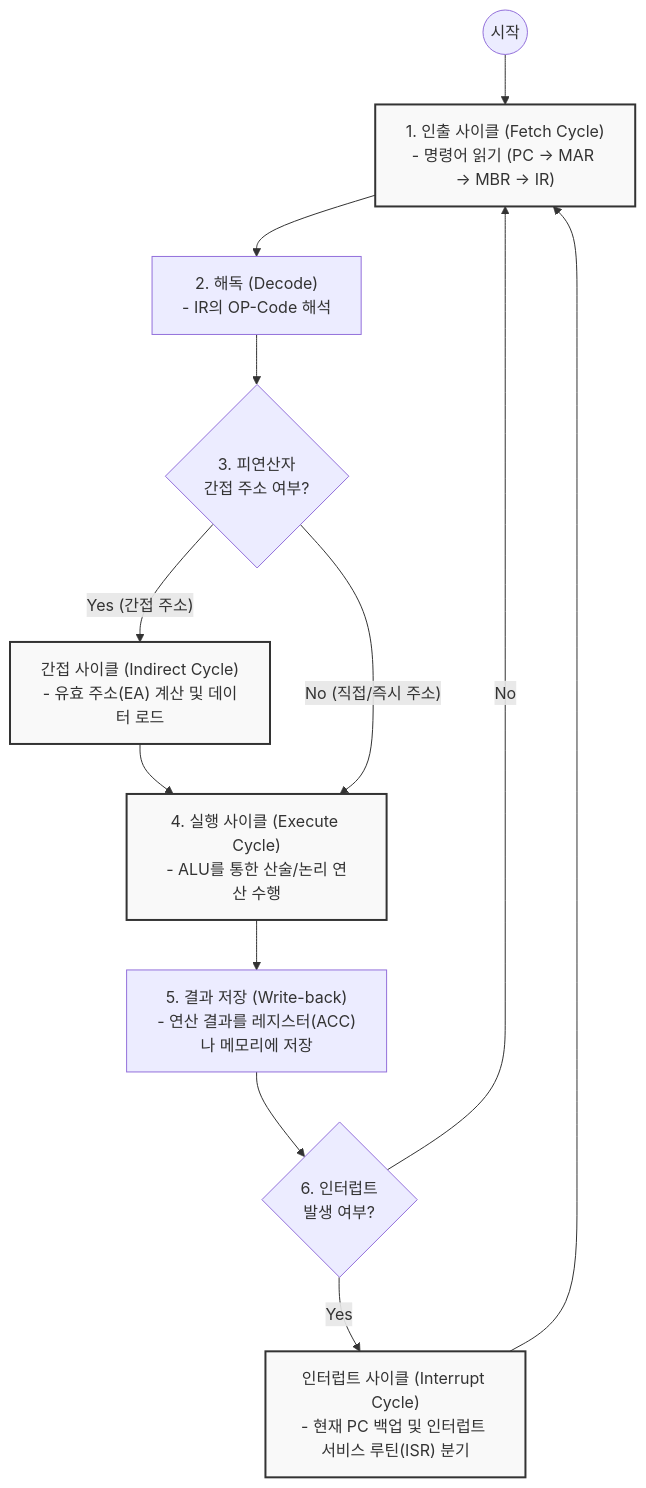
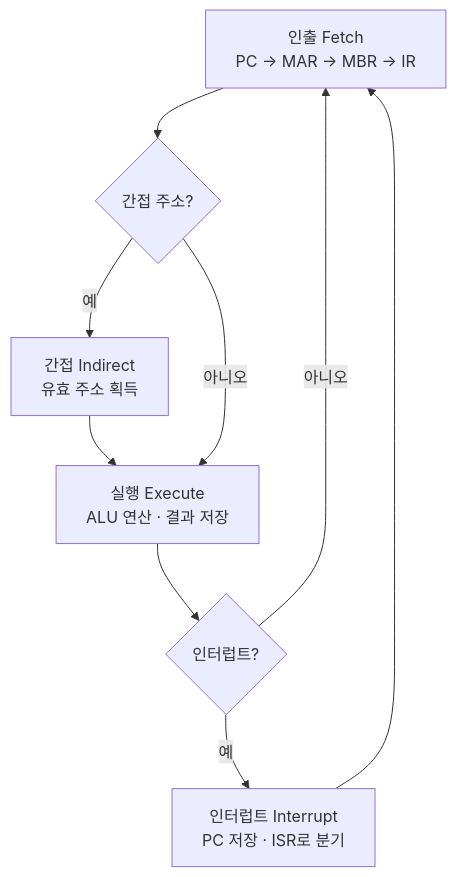
One commit to supremethumb/supremethumb.github.io changed the diagram in content/01_IT Tech/CPU 처리과정.md. Above: the diagram before and after it, drawn with Mermaid. The commit also changed other lines of this file and 1087 other files, not shown here.

````diff
--- a/content/01_IT Tech/CPU 처리과정.md
+++ b/content/01_IT Tech/CPU 처리과정.md
@@ -27,21 +35,9 @@
 ```mermaid
 flowchart TD
-    Start((시작)) --> Fetch["1. 인출 사이클 (Fetch Cycle)<br/>- 명령어 읽기 (PC → MAR → MBR → IR)"]
-    Fetch --> Decode["2. 해독 (Decode)<br/>- IR의 OP-Code 해석"]
-    
-    Decode --> Indirect{"3. 피연산자<br/>간접 주소 여부?"}
-    Indirect -- "Yes (간접 주소)" --> IndirectCycle["간접 사이클 (Indirect Cycle)<br/>- 유효 주소(EA) 계산 및 데이터 로드"]
-    IndirectCycle --> Execute
-    Indirect -- "No (직접/즉시 주소)" --> Execute["4. 실행 사이클 (Execute Cycle)<br/>- ALU를 통한 산술/논리 연산 수행"]
-    
-    Execute --> Store["5. 결과 저장 (Write-back)<br/>- 연산 결과를 레지스터(ACC)나 메모리에 저장"]
-    
-    Store --> Interrupt{"6. 인터럽트<br/>발생 여부?"}
-    Interrupt -- "Yes" --> IntCycle["인터럽트 사이클 (Interrupt Cycle)<br/>- 현재 PC 백업 및 인터럽트 서비스 루틴(ISR) 분기"]
-    IntCycle --> Fetch
-    Interrupt -- "No" --> Fetch
-    
-    classDef major fill:#f9f9f9,stroke:#333,stroke-width:2px;
-    class Fetch,IndirectCycle,Execute,IntCycle major;
-
+    F["인출 Fetch<br/>PC → MAR → MBR → IR"] --> D{"간접 주소?"}
+    D -- "예" --> I["간접 Indirect<br/>유효 주소 획득"] --> E
+    D -- "아니오" --> E["실행 Execute<br/>ALU 연산 · 결과 저장"]
+    E --> Q{"인터럽트?"}
+    Q -- "예" --> INT["인터럽트 Interrupt<br/>PC 저장 · ISR로 분기"] --> F
+    Q -- "아니오" --> F
 ```
````
